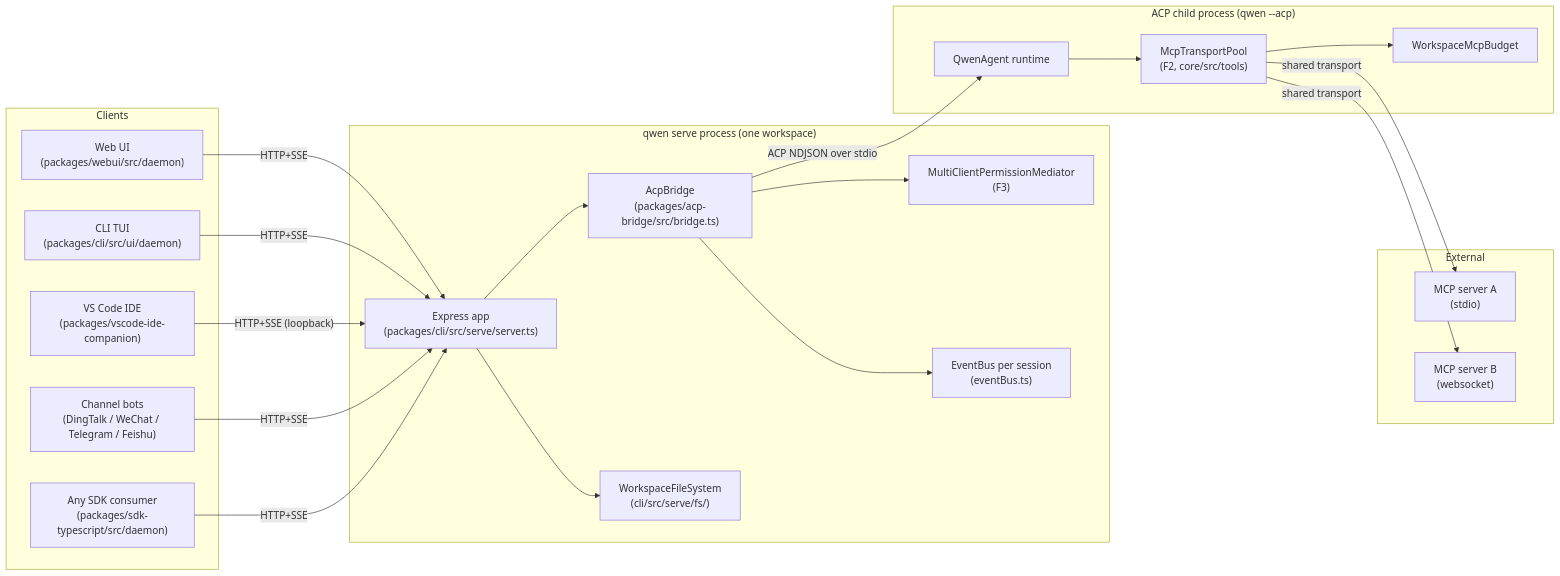
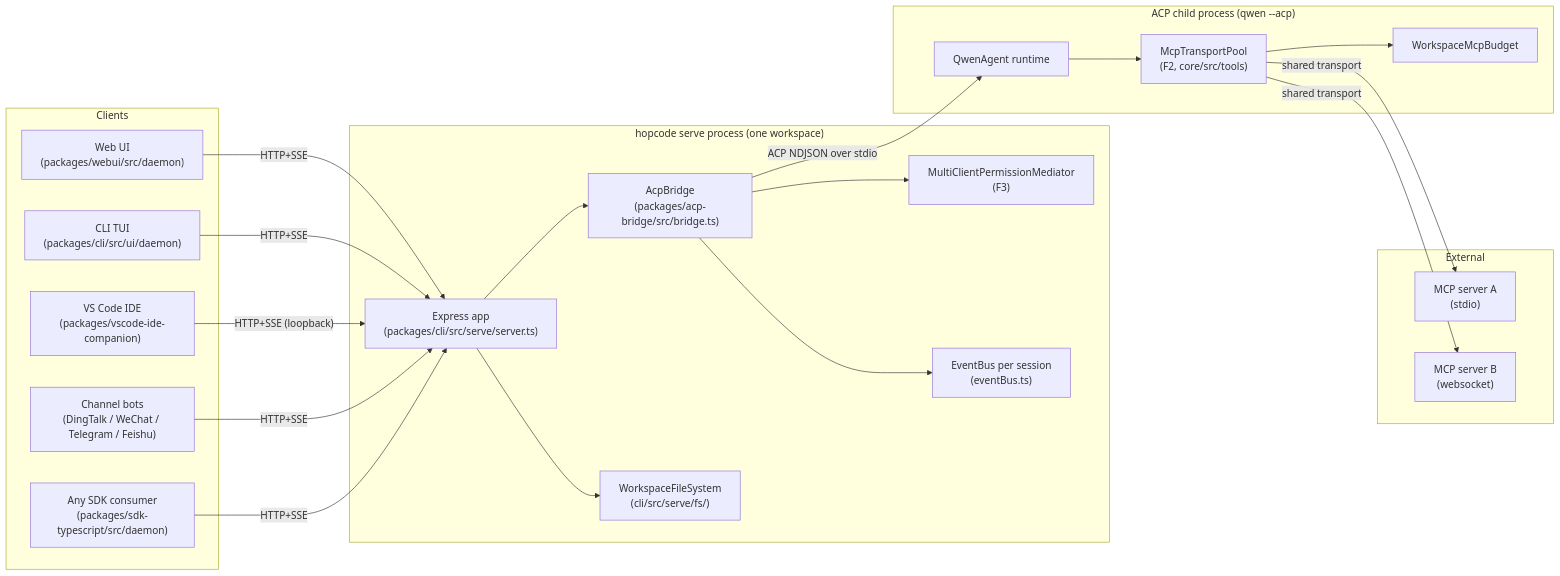
Before and after one commit to TaimoorSiddiquiOfficial/HopCode: the first of 7 diagrams in docs/developers/daemon/01-architecture.md, drawn with Mermaid. The commit also changed other lines of this file and 107 other files, not shown here.

````diff
--- a/docs/developers/daemon/01-architecture.md
+++ b/docs/developers/daemon/01-architecture.md
@@ -13,46 +13,46 @@
 ```mermaid
 flowchart LR
     subgraph clients["Clients"]
         WUI["Web UI<br/>(packages/webui/src/daemon)"]
         TUI["CLI TUI<br/>(packages/cli/src/ui/daemon)"]
         IDE["VS Code IDE<br/>(packages/vscode-ide-companion)"]
         CH["Channel bots<br/>(DingTalk / WeChat / Telegram / Feishu)"]
         SDK["Any SDK consumer<br/>(packages/sdk-typescript/src/daemon)"]
     end
 
-    subgraph daemon["qwen serve process (one workspace)"]
+    subgraph daemon["hopcode serve process (one workspace)"]
         EXP["Express app<br/>(packages/cli/src/serve/server.ts)"]
         BR["AcpBridge<br/>(packages/acp-bridge/src/bridge.ts)"]
         MED["MultiClientPermissionMediator<br/>(F3)"]
         EB["EventBus per session<br/>(eventBus.ts)"]
         FS["WorkspaceFileSystem<br/>(cli/src/serve/fs/)"]
     end
 
     subgraph child["ACP child process (qwen --acp)"]
         AGT["QwenAgent runtime"]
         POOL["McpTransportPool<br/>(F2, core/src/tools)"]
         BDG["WorkspaceMcpBudget"]
     end
 
     subgraph external["External"]
         MCP1["MCP server A<br/>(stdio)"]
         MCP2["MCP server B<br/>(websocket)"]
     end
 
     WUI -- "HTTP+SSE" --> EXP
     TUI -- "HTTP+SSE" --> EXP
     IDE -- "HTTP+SSE (loopback)" --> EXP
     CH -- "HTTP+SSE" --> EXP
     SDK -- "HTTP+SSE" --> EXP
 
     EXP --> BR
     BR --> MED
     BR --> EB
     EXP --> FS
 
     BR -- "ACP NDJSON over stdio" --> AGT
     AGT --> POOL
     POOL --> BDG
     POOL -- "shared transport" --> MCP1
     POOL -- "shared transport" --> MCP2
 ```
````
